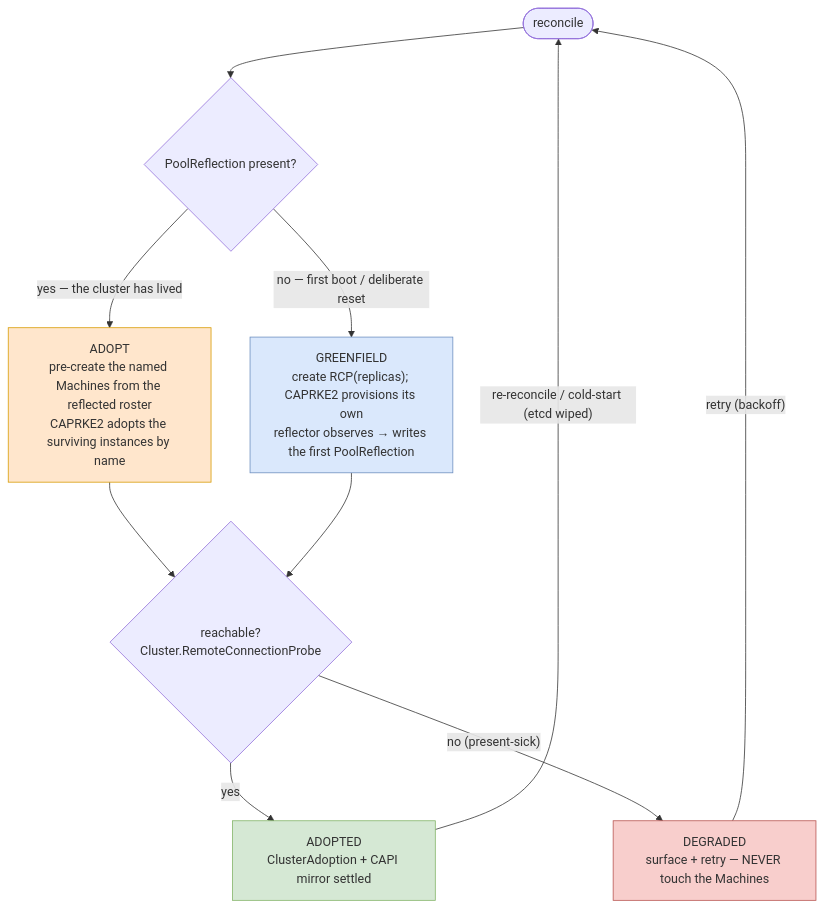
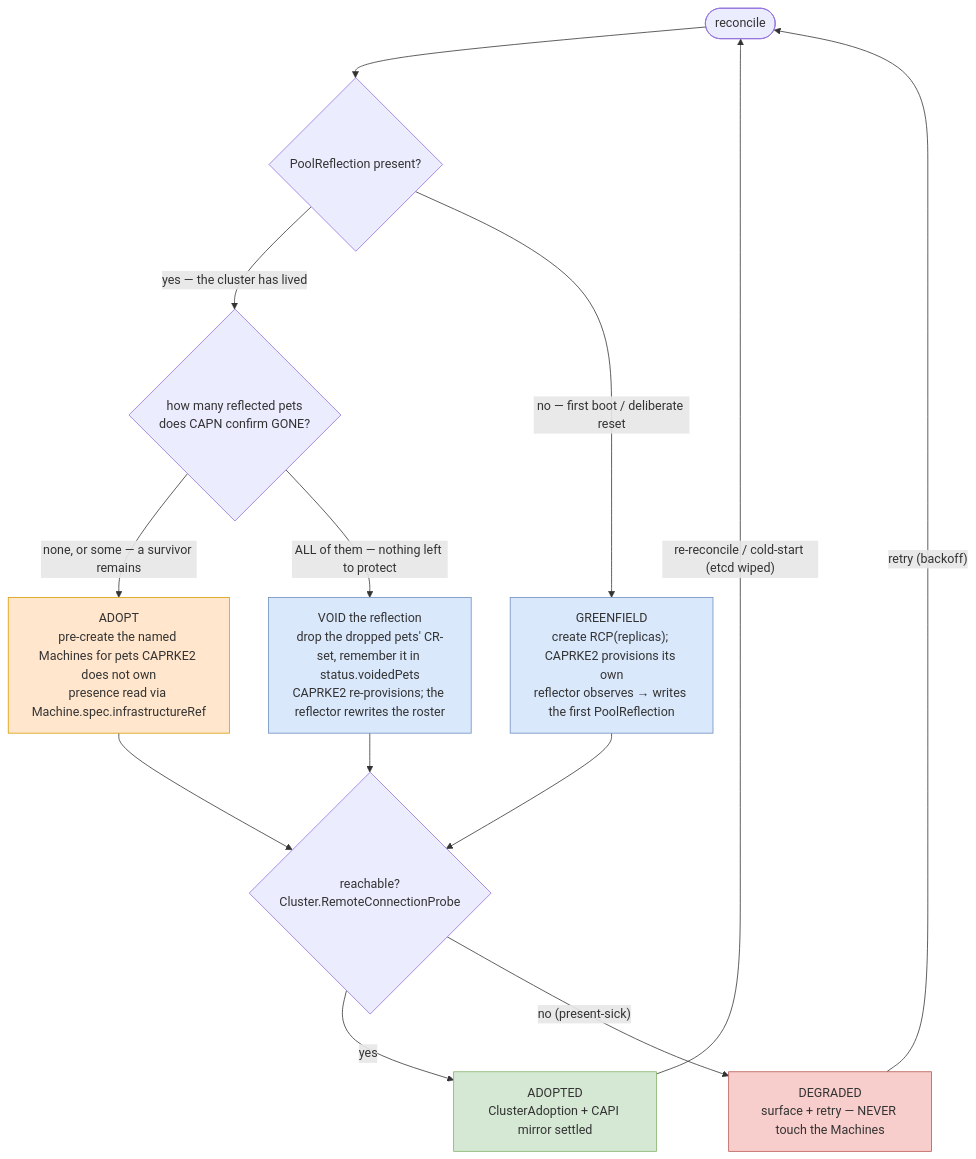
The first of 12 diagrams in docs/architecture/cluster-api/cluster-seeding-controller.adoc (seedmatic/rke2lab), drawn with Mermaid before and after one commit. The commit also changed other lines of this file and 3 other files, not shown here.

```diff
--- a/docs/architecture/cluster-api/cluster-seeding-controller.adoc
+++ b/docs/architecture/cluster-api/cluster-seeding-controller.adoc
@@ -216,18 +282,21 @@
 [mermaid,cluster-seeding-state-machine,svg]
 ----
 flowchart TD
   start(["reconcile"]) --> q{"PoolReflection present?"}
-  q -->|"yes — the cluster has lived"| adopt["ADOPT<br/>pre-create the named Machines from the reflected roster<br/>CAPRKE2 adopts the surviving instances by name"]:::hot
+  q -->|"yes — the cluster has lived"| pets{"how many reflected pets<br/>does CAPN confirm GONE?"}
   q -->|"no — first boot / deliberate reset"| greenfield["GREENFIELD<br/>create RCP(replicas); CAPRKE2 provisions its own<br/>reflector observes → writes the first PoolReflection"]:::work
+  pets -->|"none, or some — a survivor remains"| adopt["ADOPT<br/>pre-create the named Machines for pets CAPRKE2 does not own<br/>presence read via Machine.spec.infrastructureRef"]:::hot
+  pets -->|"ALL of them — nothing left to protect"| void["VOID the reflection<br/>drop the dropped pets' CR-set, remember it in status.voidedPets<br/>CAPRKE2 re-provisions; the reflector rewrites the roster"]:::work
   adopt --> reach{"reachable?<br/>Cluster.RemoteConnectionProbe"}
   greenfield --> reach
+  void --> reach
   reach -->|"yes"| adopted["ADOPTED<br/>ClusterAdoption + CAPI mirror settled"]:::ok
   reach -->|"no (present-sick)"| degraded["DEGRADED<br/>surface + retry — NEVER touch the Machines"]:::bad
   adopted -->|"re-reconcile / cold-start (etcd wiped)"| start
   degraded -->|"retry (backoff)"| start
 
   classDef hot fill:#ffe6cc,stroke:#d79b00
   classDef ok fill:#d5e8d4,stroke:#82b366
   classDef work fill:#dae8fc,stroke:#6c8ebf
   classDef bad fill:#f8cecc,stroke:#b85450
 ----
```
